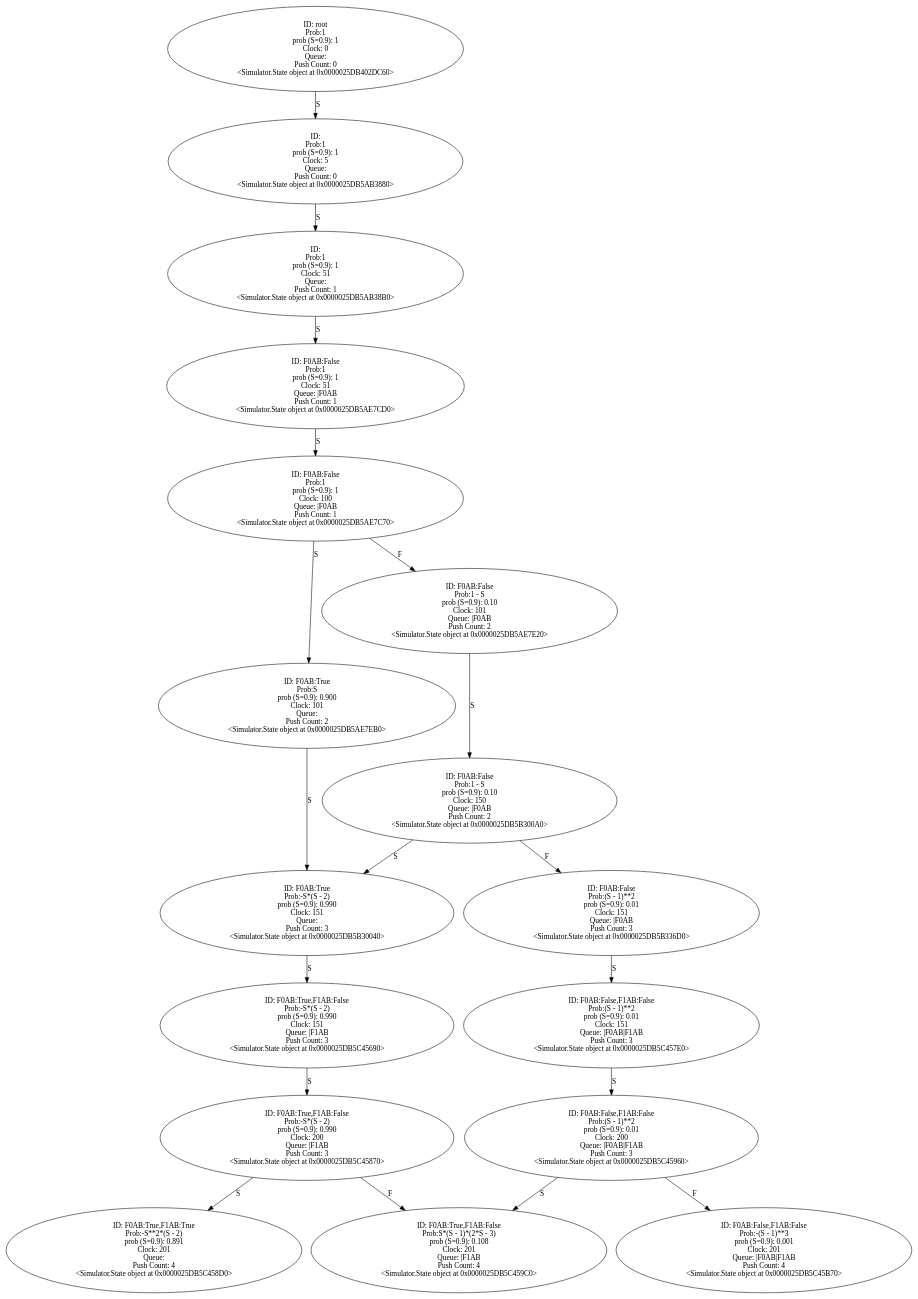
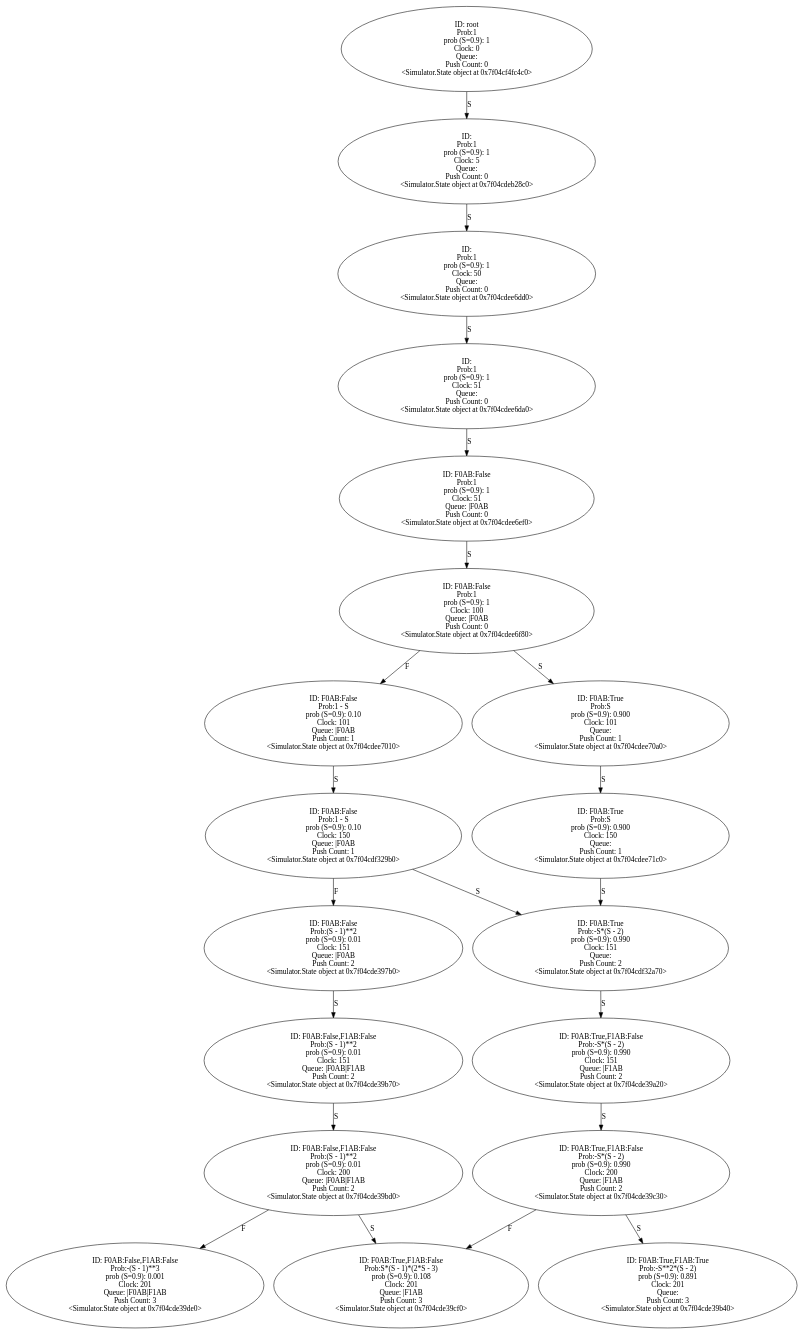
Before and after one commit to YasinBoloorchi/WARP-Simulator: the diagram in Output/controled_frequency_S50_R100_t5_tPlus200.gv, drawn with Graphviz. The commit also changed 9 other files, not shown here.

Commit message:
Fixed the push_count issue

```diff
--- a/Output/controled_frequency_S50_R100_t5_tPlus200.gv
+++ b/Output/controled_frequency_S50_R100_t5_tPlus200.gv
@@ -1,139 +1,155 @@
 digraph "./Output/./controled_frequency_S50_R100_t5_tPlus200" {
-	<Simulator.State object at 0x0000025DB402DC60> [label="ID: root
+	<Simulator.State object at 0x7f04cf4fc4c0> [label="ID: root
 Prob:1
 prob (S=0.9): 1
 Clock: 0
 Queue: 
 Push Count: 0
-<Simulator.State object at 0x0000025DB402DC60>"]
-	<Simulator.State object at 0x0000025DB402DC60> -> <Simulator.State object at 0x0000025DB5AB3880> [label=S]
-	<Simulator.State object at 0x0000025DB5AB3880> [label="ID: 
+<Simulator.State object at 0x7f04cf4fc4c0>"]
+	<Simulator.State object at 0x7f04cf4fc4c0> -> <Simulator.State object at 0x7f04cdeb28c0> [label=S]
+	<Simulator.State object at 0x7f04cdeb28c0> [label="ID: 
 Prob:1
 prob (S=0.9): 1
 Clock: 5
 Queue: 
 Push Count: 0
-<Simulator.State object at 0x0000025DB5AB3880>"]
-	<Simulator.State object at 0x0000025DB5AB3880> -> <Simulator.State object at 0x0000025DB5AB38B0> [label=S]
-	<Simulator.State object at 0x0000025DB5AB38B0> [label="ID: 
+<Simulator.State object at 0x7f04cdeb28c0>"]
+	<Simulator.State object at 0x7f04cdeb28c0> -> <Simulator.State object at 0x7f04cdee6dd0> [label=S]
+	<Simulator.State object at 0x7f04cdee6dd0> [label="ID: 
+Prob:1
+prob (S=0.9): 1
+Clock: 50
+Queue: 
+Push Count: 0
+<Simulator.State object at 0x7f04cdee6dd0>"]
+	<Simulator.State object at 0x7f04cdee6dd0> -> <Simulator.State object at 0x7f04cdee6da0> [label=S]
+	<Simulator.State object at 0x7f04cdee6da0> [label="ID: 
 Prob:1
 prob (S=0.9): 1
 Clock: 51
 Queue: 
-Push Count: 1
-<Simulator.State object at 0x0000025DB5AB38B0>"]
-	<Simulator.State object at 0x0000025DB5AB38B0> -> <Simulator.State object at 0x0000025DB5AE7CD0> [label=S]
-	<Simulator.State object at 0x0000025DB5AE7CD0> [label="ID: F0AB:False
+Push Count: 0
+<Simulator.State object at 0x7f04cdee6da0>"]
+	<Simulator.State object at 0x7f04cdee6da0> -> <Simulator.State object at 0x7f04cdee6ef0> [label=S]
+	<Simulator.State object at 0x7f04cdee6ef0> [label="ID: F0AB:False
 Prob:1
 prob (S=0.9): 1
 Clock: 51
 Queue: |F0AB
-Push Count: 1
-<Simulator.State object at 0x0000025DB5AE7CD0>"]
-	<Simulator.State object at 0x0000025DB5AE7CD0> -> <Simulator.State object at 0x0000025DB5AE7C70> [label=S]
-	<Simulator.State object at 0x0000025DB5AE7C70> [label="ID: F0AB:False
+Push Count: 0
+<Simulator.State object at 0x7f04cdee6ef0>"]
+	<Simulator.State object at 0x7f04cdee6ef0> -> <Simulator.State object at 0x7f04cdee6f80> [label=S]
+	<Simulator.State object at 0x7f04cdee6f80> [label="ID: F0AB:False
 Prob:1
 prob (S=0.9): 1
 Clock: 100
 Queue: |F0AB
-Push Count: 1
-<Simulator.State object at 0x0000025DB5AE7C70>"]
-	<Simulator.State object at 0x0000025DB5AE7C70> -> <Simulator.State object at 0x0000025DB5AE7E20> [label=F]
-	<Simulator.State object at 0x0000025DB5AE7C70> -> <Simulator.State object at 0x0000025DB5AE7EB0> [label=S]
-	<Simulator.State object at 0x0000025DB5AE7E20> [label="ID: F0AB:False
+Push Count: 0
+<Simulator.State object at 0x7f04cdee6f80>"]
+	<Simulator.State object at 0x7f04cdee6f80> -> <Simulator.State object at 0x7f04cdee7010> [label=F]
+	<Simulator.State object at 0x7f04cdee6f80> -> <Simulator.State object at 0x7f04cdee70a0> [label=S]
+	<Simulator.State object at 0x7f04cdee7010> [label="ID: F0AB:False
 Prob:1 - S
 prob (S=0.9): 0.10
 Clock: 101
 Queue: |F0AB
-Push Count: 2
-<Simulator.State object at 0x0000025DB5AE7E20>"]
-	<Simulator.State object at 0x0000025DB5AE7E20> -> <Simulator.State object at 0x0000025DB5B300A0> [label=S]
-	<Simulator.State object at 0x0000025DB5AE7EB0> [label="ID: F0AB:True
+Push Count: 1
+<Simulator.State object at 0x7f04cdee7010>"]
+	<Simulator.State object at 0x7f04cdee7010> -> <Simulator.State object at 0x7f04cdf329b0> [label=S]
+	<Simulator.State object at 0x7f04cdee70a0> [label="ID: F0AB:True
 Prob:S
 prob (S=0.9): 0.900
 Clock: 101
 Queue: 
-Push Count: 2
-<Simulator.State object at 0x0000025DB5AE7EB0>"]
-	<Simulator.State object at 0x0000025DB5AE7EB0> -> <Simulator.State object at 0x0000025DB5B30040> [label=S]
-	<Simulator.State object at 0x0000025DB5B300A0> [label="ID: F0AB:False
+Push Count: 1
+<Simulator.State object at 0x7f04cdee70a0>"]
+	<Simulator.State object at 0x7f04cdee70a0> -> <Simulator.State object at 0x7f04cdee71c0> [label=S]
+	<Simulator.State object at 0x7f04cdf329b0> [label="ID: F0AB:False
 Prob:1 - S
 prob (S=0.9): 0.10
 Clock: 150
 Queue: |F0AB
+Push Count: 1
+<Simulator.State object at 0x7f04cdf329b0>"]
+	<Simulator.State object at 0x7f04cdf329b0> -> <Simulator.State object at 0x7f04cde397b0> [label=F]
+	<Simulator.State object at 0x7f04cdf329b0> -> <Simulator.State object at 0x7f04cdf32a70> [label=S]
+	<Simulator.State object at 0x7f04cdee71c0> [label="ID: F0AB:True
+Prob:S
+prob (S=0.9): 0.900
+Clock: 150
+Queue: 
+Push Count: 1
+<Simulator.State object at 0x7f04cdee71c0>"]
+	<Simulator.State object at 0x7f04cdee71c0> -> <Simulator.State object at 0x7f04cdf32a70> [label=S]
+	<Simulator.State object at 0x7f04cde397b0> [label="ID: F0AB:False
+Prob:(S - 1)**2
+prob (S=0.9): 0.01
+Clock: 151
+Queue: |F0AB
 Push Count: 2
-<Simulator.State object at 0x0000025DB5B300A0>"]
-	<Simulator.State object at 0x0000025DB5B300A0> -> <Simulator.State object at 0x0000025DB5B336D0> [label=F]
-	<Simulator.State object at 0x0000025DB5B300A0> -> <Simulator.State object at 0x0000025DB5B30040> [label=S]
-	<Simulator.State object at 0x0000025DB5B30040> [label="ID: F0AB:True
+<Simulator.State object at 0x7f04cde397b0>"]
+	<Simulator.State object at 0x7f04cde397b0> -> <Simulator.State object at 0x7f04cde39b70> [label=S]
+	<Simulator.State object at 0x7f04cdf32a70> [label="ID: F0AB:True
 Prob:-S*(S - 2)
 prob (S=0.9): 0.990
 Clock: 151
 Queue: 
-Push Count: 3
-<Simulator.State object at 0x0000025DB5B30040>"]
-	<Simulator.State object at 0x0000025DB5B30040> -> <Simulator.State object at 0x0000025DB5C45690> [label=S]
-	<Simulator.State object at 0x0000025DB5B336D0> [label="ID: F0AB:False
+Push Count: 2
+<Simulator.State object at 0x7f04cdf32a70>"]
+	<Simulator.State object at 0x7f04cdf32a70> -> <Simulator.State object at 0x7f04cde39a20> [label=S]
+	<Simulator.State object at 0x7f04cde39b70> [label="ID: F0AB:False,F1AB:False
 Prob:(S - 1)**2
 prob (S=0.9): 0.01
 Clock: 151
-Queue: |F0AB
-Push Count: 3
-<Simulator.State object at 0x0000025DB5B336D0>"]
-	<Simulator.State object at 0x0000025DB5B336D0> -> <Simulator.State object at 0x0000025DB5C457E0> [label=S]
-	<Simulator.State object at 0x0000025DB5C45690> [label="ID: F0AB:True,F1AB:False
+Queue: |F0AB|F1AB
+Push Count: 2
+<Simulator.State object at 0x7f04cde39b70>"]
+	<Simulator.State object at 0x7f04cde39b70> -> <Simulator.State object at 0x7f04cde39bd0> [label=S]
+	<Simulator.State object at 0x7f04cde39a20> [label="ID: F0AB:True,F1AB:False
 Prob:-S*(S - 2)
 prob (S=0.9): 0.990
 Clock: 151
 Queue: |F1AB
-Push Count: 3
-<Simulator.State object at 0x0000025DB5C45690>"]
-	<Simulator.State object at 0x0000025DB5C45690> -> <Simulator.State object at 0x0000025DB5C45870> [label=S]
-	<Simulator.State object at 0x0000025DB5C457E0> [label="ID: F0AB:False,F1AB:False
+Push Count: 2
+<Simulator.State object at 0x7f04cde39a20>"]
+	<Simulator.State object at 0x7f04cde39a20> -> <Simulator.State object at 0x7f04cde39c30> [label=S]
+	<Simulator.State object at 0x7f04cde39bd0> [label="ID: F0AB:False,F1AB:False
 Prob:(S - 1)**2
 prob (S=0.9): 0.01
-Clock: 151
+Clock: 200
 Queue: |F0AB|F1AB
-Push Count: 3
-<Simulator.State object at 0x0000025DB5C457E0>"]
-	<Simulator.State object at 0x0000025DB5C457E0> -> <Simulator.State object at 0x0000025DB5C45960> [label=S]
-	<Simulator.State object at 0x0000025DB5C45870> [label="ID: F0AB:True,F1AB:False
+Push Count: 2
+<Simulator.State object at 0x7f04cde39bd0>"]
+	<Simulator.State object at 0x7f04cde39bd0> -> <Simulator.State object at 0x7f04cde39de0> [label=F]
+	<Simulator.State object at 0x7f04cde39bd0> -> <Simulator.State object at 0x7f04cde39cf0> [label=S]
+	<Simulator.State object at 0x7f04cde39c30> [label="ID: F0AB:True,F1AB:False
 Prob:-S*(S - 2)
 prob (S=0.9): 0.990
 Clock: 200
 Queue: |F1AB
-Push Count: 3
-<Simulator.State object at 0x0000025DB5C45870>"]
-	<Simulator.State object at 0x0000025DB5C45870> -> <Simulator.State object at 0x0000025DB5C459C0> [label=F]
-	<Simulator.State object at 0x0000025DB5C45870> -> <Simulator.State object at 0x0000025DB5C458D0> [label=S]
-	<Simulator.State object at 0x0000025DB5C45960> [label="ID: F0AB:False,F1AB:False
-Prob:(S - 1)**2
-prob (S=0.9): 0.01
-Clock: 200
+Push Count: 2
+<Simulator.State object at 0x7f04cde39c30>"]
+	<Simulator.State object at 0x7f04cde39c30> -> <Simulator.State object at 0x7f04cde39cf0> [label=F]
+	<Simulator.State object at 0x7f04cde39c30> -> <Simulator.State object at 0x7f04cde39b40> [label=S]
+	<Simulator.State object at 0x7f04cde39de0> [label="ID: F0AB:False,F1AB:False
+Prob:-(S - 1)**3
+prob (S=0.9): 0.001
+Clock: 201
 Queue: |F0AB|F1AB
 Push Count: 3
-<Simulator.State object at 0x0000025DB5C45960>"]
-	<Simulator.State object at 0x0000025DB5C45960> -> <Simulator.State object at 0x0000025DB5C45B70> [label=F]
-	<Simulator.State object at 0x0000025DB5C45960> -> <Simulator.State object at 0x0000025DB5C459C0> [label=S]
-	<Simulator.State object at 0x0000025DB5C459C0> [label="ID: F0AB:True,F1AB:False
+<Simulator.State object at 0x7f04cde39de0>"]
+	<Simulator.State object at 0x7f04cde39cf0> [label="ID: F0AB:True,F1AB:False
 Prob:S*(S - 1)*(2*S - 3)
 prob (S=0.9): 0.108
 Clock: 201
 Queue: |F1AB
-Push Count: 4
-<Simulator.State object at 0x0000025DB5C459C0>"]
-	<Simulator.State object at 0x0000025DB5C458D0> [label="ID: F0AB:True,F1AB:True
+Push Count: 3
+<Simulator.State object at 0x7f04cde39cf0>"]
+	<Simulator.State object at 0x7f04cde39b40> [label="ID: F0AB:True,F1AB:True
 Prob:-S**2*(S - 2)
 prob (S=0.9): 0.891
 Clock: 201
 Queue: 
-Push Count: 4
-<Simulator.State object at 0x0000025DB5C458D0>"]
-	<Simulator.State object at 0x0000025DB5C45B70> [label="ID: F0AB:False,F1AB:False
-Prob:-(S - 1)**3
-prob (S=0.9): 0.001
-Clock: 201
-Queue: |F0AB|F1AB
-Push Count: 4
-<Simulator.State object at 0x0000025DB5C45B70>"]
+Push Count: 3
+<Simulator.State object at 0x7f04cde39b40>"]
 }
```
